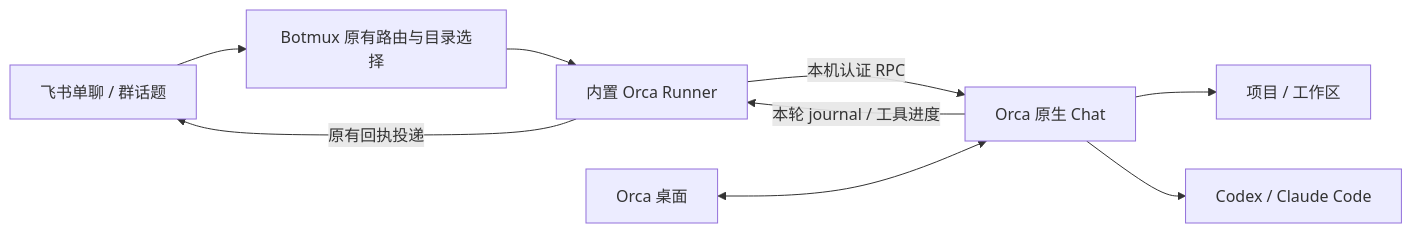
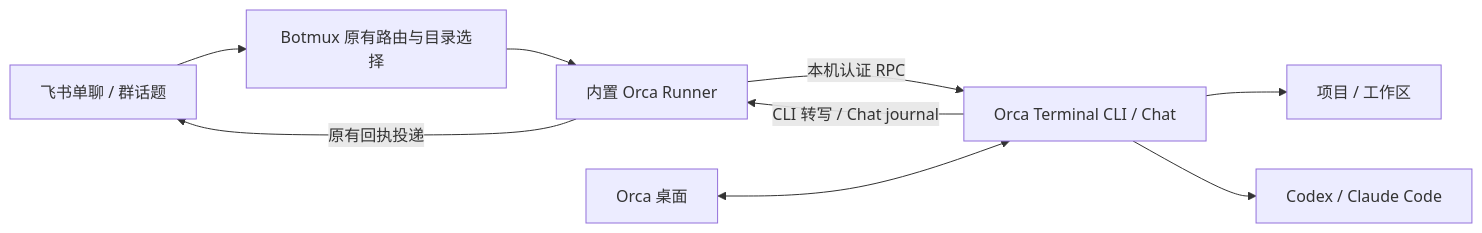
One commit to deepcoldy/botmux changed the diagram in docs/orca-managed-sessions.md. Above: the diagram before and after it, drawn with Mermaid. The commit also changed other lines of this file and 28 other files, not shown here.

Commit message:
feat(orca): 支持可选 Chat 与默认 Terminal CLI 会话

````diff
--- a/docs/orca-managed-sessions.md
+++ b/docs/orca-managed-sessions.md
@@ -49,11 +56,11 @@
 ```mermaid
 flowchart LR
   F[飞书单聊 / 群话题] --> B[Botmux 原有路由与目录选择]
   B --> R[内置 Orca Runner]
-  R -->|本机认证 RPC| O[Orca 原生 Chat]
+  R -->|本机认证 RPC| O[Orca Terminal CLI / Chat]
   O --> W[项目 / 工作区]
   O --> A[Codex / Claude Code]
   D[Orca 桌面] <--> O
-  O -->|本轮 journal / 工具进度| R
+  O -->|CLI 转写 / Chat journal| R
   R -->|原有回执投递| F
 ```
````
